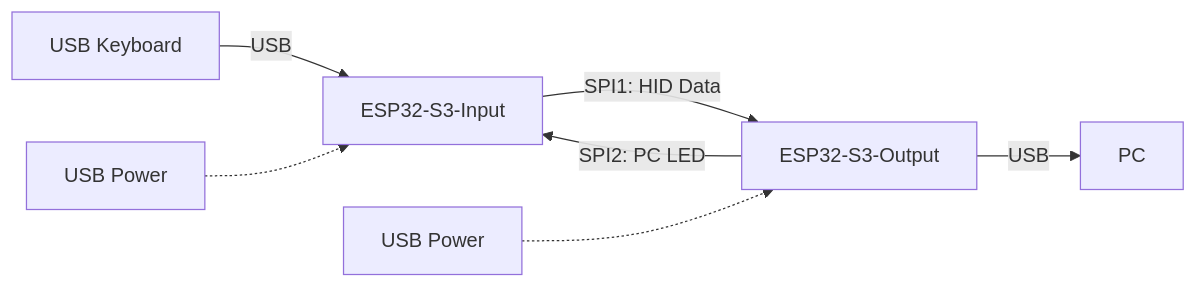
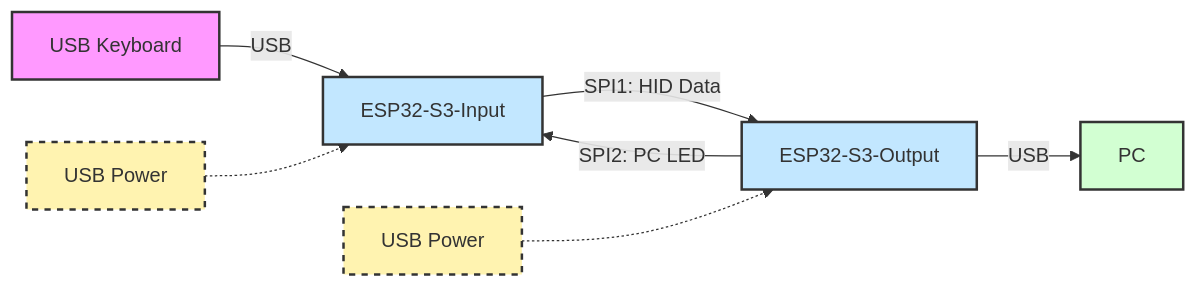
The diagram in README.md (arfevrier/macroPassthrough), drawn with Mermaid before and after one commit. The commit also changed other lines of this file and 7 other files, not shown here.

````diff
--- a/README.md
+++ b/README.md
@@ -43,13 +47,27 @@
 ```mermaid
 flowchart LR
     KBD[USB Keyboard]
     ESPIN[ESP32-S3-Input]
     ESPOUT[ESP32-S3-Output]
     PC[PC]
     KBD -- USB --> ESPIN
     ESPIN -- SPI1: HID Data --> ESPOUT
     ESPOUT -- SPI2: PC LED --> ESPIN
     ESPOUT -- USB --> PC
     USBPWR1[USB Power] -.-> ESPIN
     USBPWR2[USB Power] -.-> ESPOUT
+
+    %% Node classes
+    classDef keyboard fill:#f9f,stroke:#333,stroke-width:2px;
+    classDef input fill:#c2e7ff,stroke:#333,stroke-width:2px;
+    classDef output fill:#c2e7ff,stroke:#333,stroke-width:2px;
+    classDef pc fill:#d2ffd2,stroke:#333,stroke-width:2px;
+    classDef power fill:#fff3b0,stroke:#333,stroke-width:2px,stroke-dasharray: 5 5;
+
+    class KBD keyboard;
+    class ESPIN input;
+    class ESPOUT output;
+    class PC pc;
+    class USBPWR1 power;
+    class USBPWR2 power;
 ```
````
